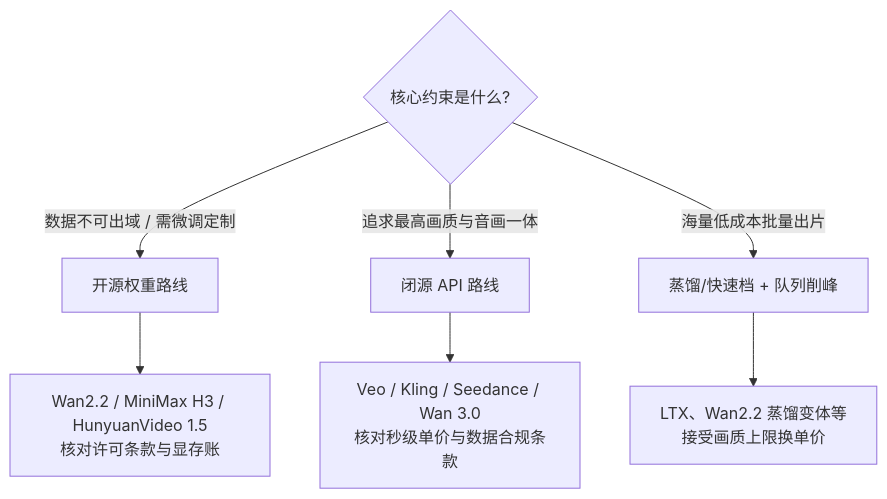
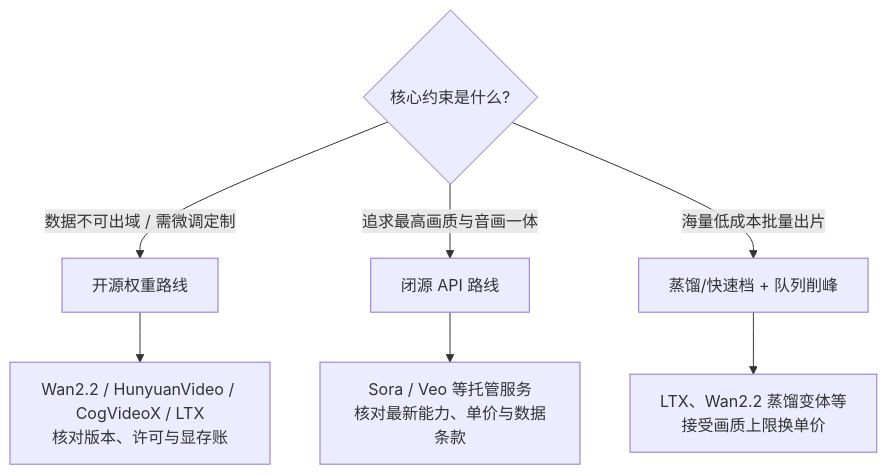
One commit to shuifans/cloud-ai-knowledge-base changed the sixth of 6 diagrams in docs/ai/models/video-gen.md. Above: the diagram before and after it, drawn with Mermaid. The commit also changed other lines of this file and 109 other files, not shown here.

````diff
--- a/docs/ai/models/video-gen.md
+++ b/docs/ai/models/video-gen.md
@@ -524,9 +519,9 @@
 ```mermaid
 flowchart TD
   Q{核心约束是什么?} -->|数据不可出域 / 需微调定制| O[开源权重路线]
   Q -->|追求最高画质与音画一体| C[闭源 API 路线]
   Q -->|海量低成本批量出片| L[蒸馏/快速档 + 队列削峰]
-  O --> O1[Wan2.2 / MiniMax H3 / HunyuanVideo 1.5<br/>核对许可条款与显存账]
-  C --> C1[Veo / Kling / Seedance / Wan 3.0<br/>核对秒级单价与数据合规条款]
+  O --> O1[Wan2.2 / HunyuanVideo / CogVideoX / LTX<br/>核对版本、许可与显存账]
+  C --> C1[Sora / Veo 等托管服务<br/>核对最新能力、单价与数据条款]
   L --> L1[LTX、Wan2.2 蒸馏变体等<br/>接受画质上限换单价]
 ```
````
